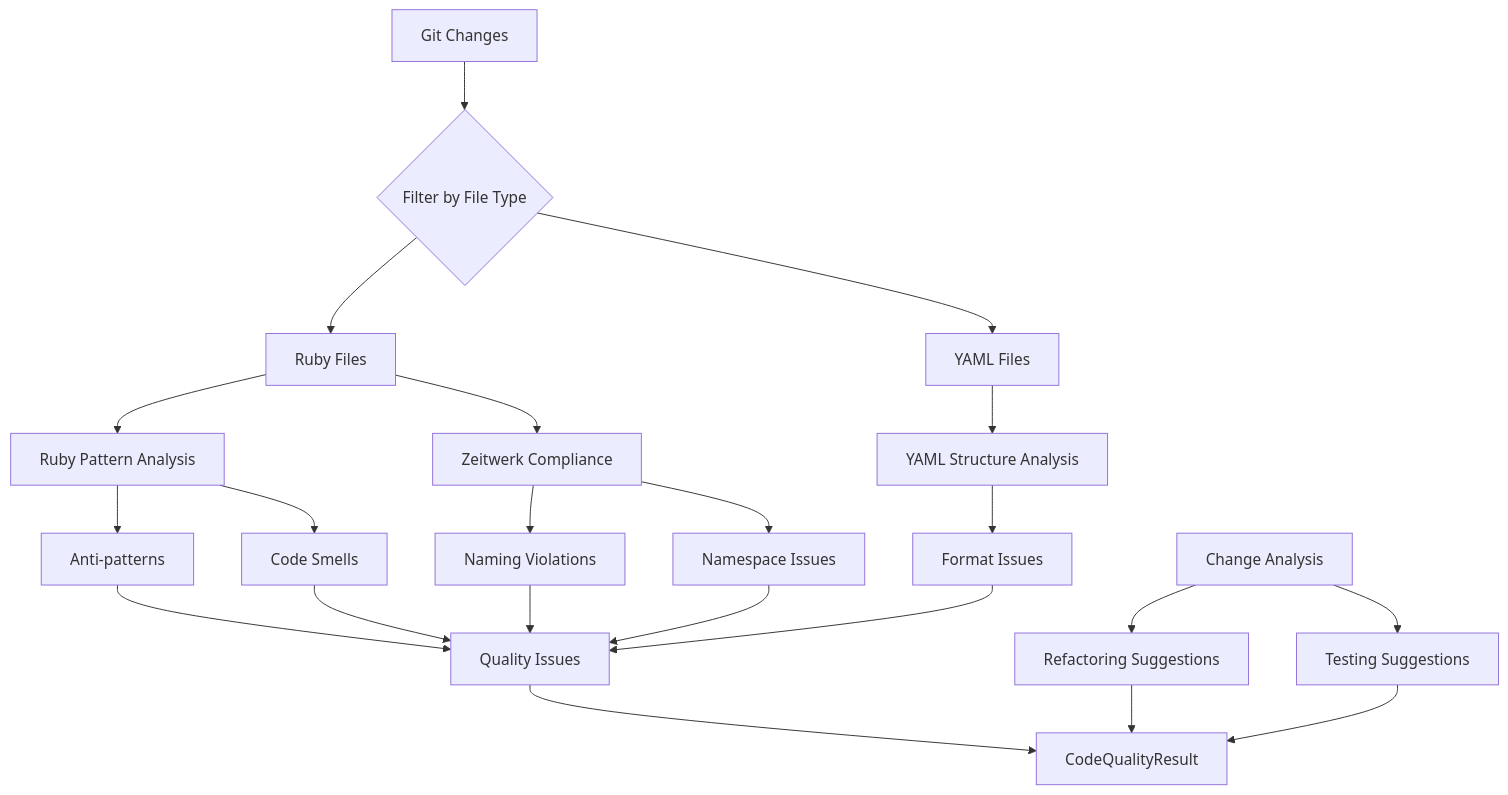
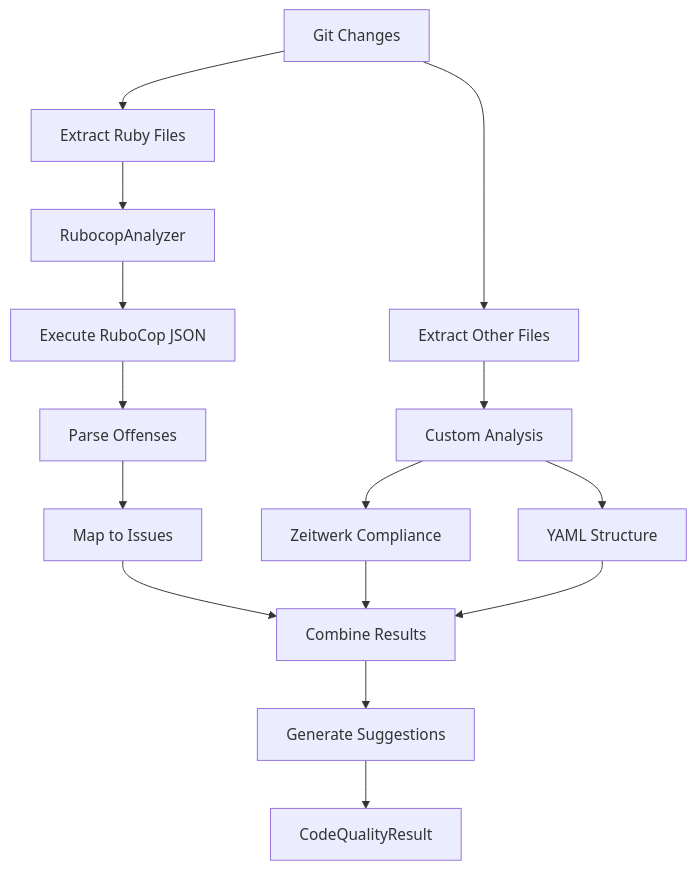
Before and after one commit to abradner/transformer: the fourth of 10 diagrams in docs/commit-validation-system.md, drawn with Mermaid. The commit also changed other lines of this file and 11 other files, not shown here.

First line of the commit message:
E1S6: feat(validation) integrate RuboCop with commit validation system (#3)

````diff
--- a/docs/commit-validation-system.md
+++ b/docs/commit-validation-system.md
@@ -140,29 +149,20 @@
 ```mermaid
 graph TB
-    A[Git Changes] --> B{Filter by File Type}
-    B --> C[Ruby Files]
-    B --> D[YAML Files]
+    A[Git Changes] --> B[Extract Ruby Files]
+    A --> C[Extract Other Files]
     
-    C --> E[Ruby Pattern Analysis]
-    C --> F[Zeitwerk Compliance]
-    D --> G[YAML Structure Analysis]
+    B --> D[RubocopAnalyzer]
+    D --> E[Execute RuboCop JSON]
+    E --> F[Parse Offenses]
+    F --> G[Map to Issues]
     
-    E --> H[Anti-patterns]
-    E --> I[Code Smells]
-    F --> J[Naming Violations]
-    F --> K[Namespace Issues]
-    G --> L[Format Issues]
+    C --> H[Custom Analysis]
+    H --> I[Zeitwerk Compliance]
+    H --> J[YAML Structure]
     
-    H --> M[Quality Issues]
-    I --> M
-    J --> M
-    K --> M
-    L --> M
-    
-    N[Change Analysis] --> O[Refactoring Suggestions]
-    N --> P[Testing Suggestions]
-    
-    M --> Q[CodeQualityResult]
-    O --> Q
-    P --> Q
+    G --> K[Combine Results]
+    I --> K
+    J --> K
+    K --> L[Generate Suggestions]
+    L --> M[CodeQualityResult]
 ```
````
